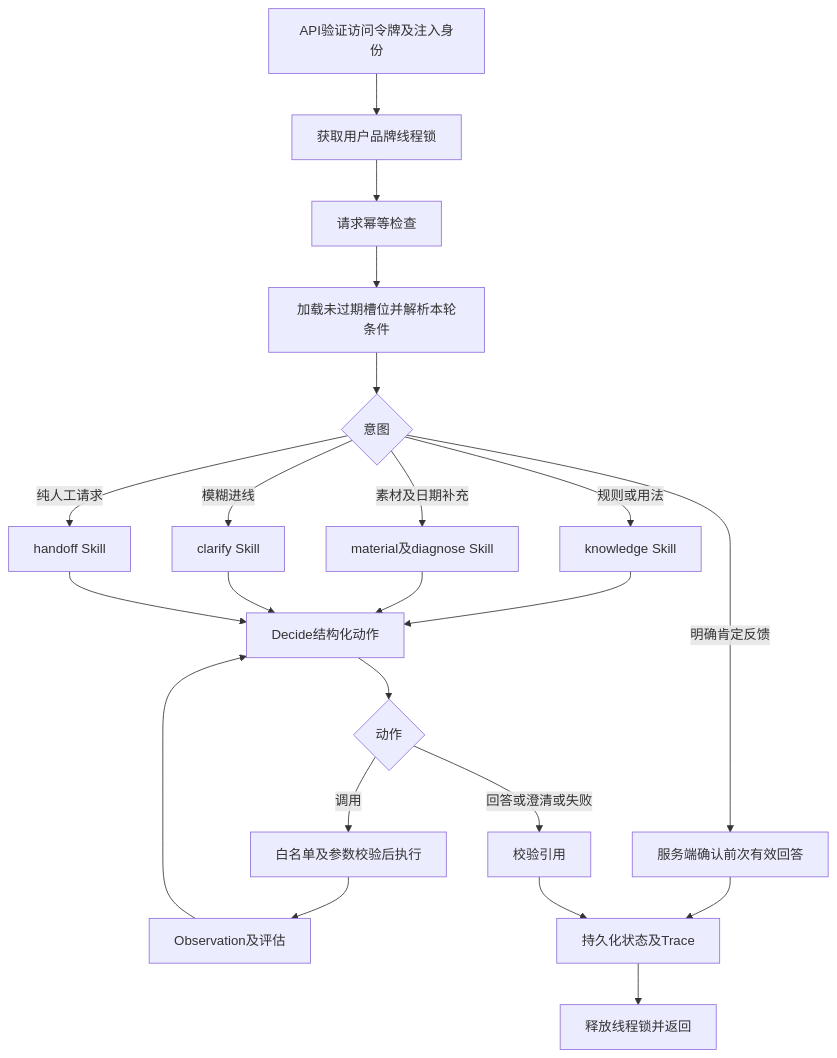
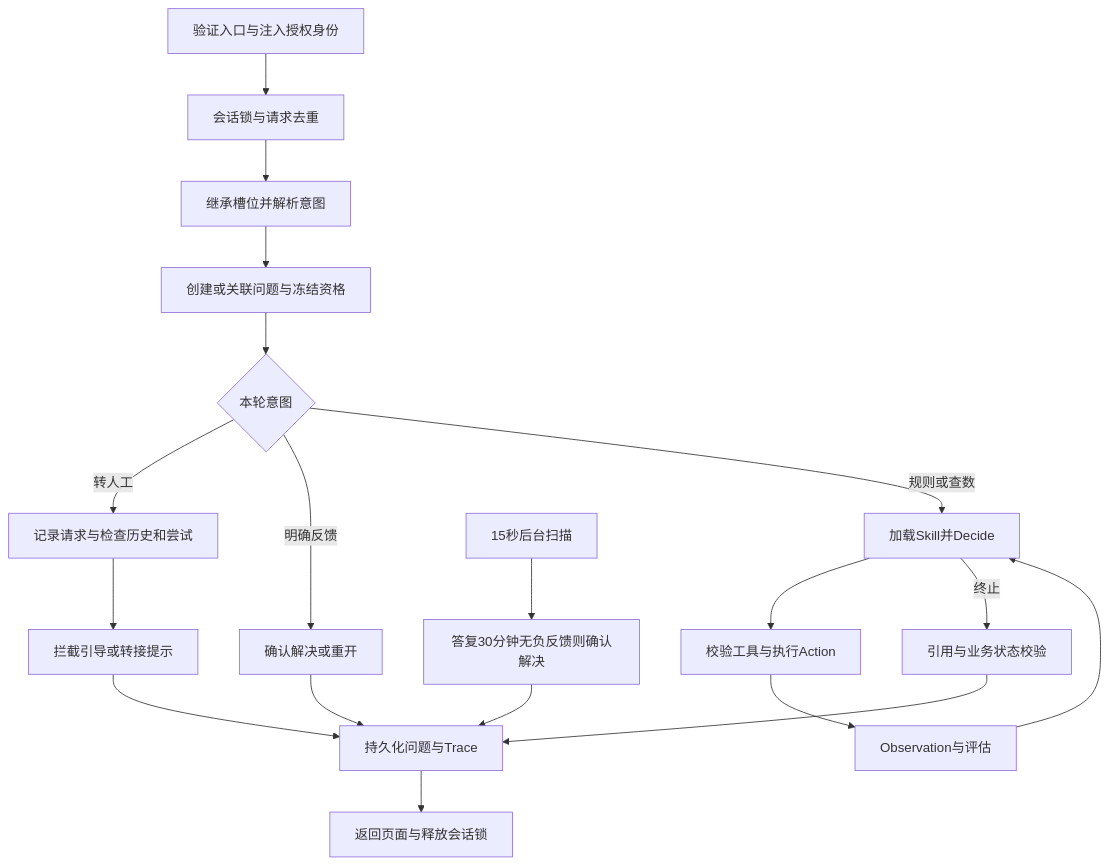
Before and after one commit to Kaedehara-Kazuhaa/consultant-react-agent: the diagram in agent_service/docs/architecture.md, drawn with Mermaid. The commit also changed other lines of this file and 33 other files, not shown here.

````diff
--- a/agent_service/docs/architecture.md
+++ b/agent_service/docs/architecture.md
@@ -21,24 +19,21 @@
 ```mermaid
 flowchart TD
-  A[API验证访问令牌及注入身份] --> B[获取用户品牌线程锁]
-  B --> C[请求幂等检查]
-  C --> D[加载未过期槽位并解析本轮条件]
-  D --> E{意图}
-  E -->|规则或用法| F[knowledge Skill]
-  E -->|素材及日期补充| G[material及diagnose Skill]
-  E -->|模糊进线| H[clarify Skill]
-  E -->|纯人工请求| I[handoff Skill]
-  E -->|明确肯定反馈| J[服务端确认前次有效回答]
-  F --> K[Decide结构化动作]
-  G --> K
-  H --> K
-  I --> K
-  K --> L{动作}
-  L -->|调用| M[白名单及参数校验后执行]
-  M --> N[Observation及评估]
-  N --> K
-  L -->|回答或澄清或失败| O[校验引用]
-  J --> P[持久化状态及Trace]
-  O --> P
-  P --> Q[释放线程锁并返回]
+ A[验证入口与注入授权身份] --> B[会话锁与请求去重]
+ B --> C[继承槽位并解析意图]
+ C --> D[创建或关联问题与冻结资格]
+ D --> E{本轮意图}
+ E -->|转人工| F[记录请求与检查历史和尝试]
+ F --> G[拦截引导或转接提示]
+ E -->|明确反馈| H[确认解决或重开]
+ E -->|规则或查数| I[加载Skill并Decide]
+ I --> J[校验工具与执行Action]
+ J --> K[Observation与评估]
+ K --> I
+ I -->|终止| L[引用与业务状态校验]
+ G --> M[持久化问题与Trace]
+ H --> M
+ L --> M
+ M --> N[返回页面与释放会话锁]
+ O[15秒后台扫描] --> P[答复30分钟无负反馈则确认解决]
+ P --> M
 ```
````
